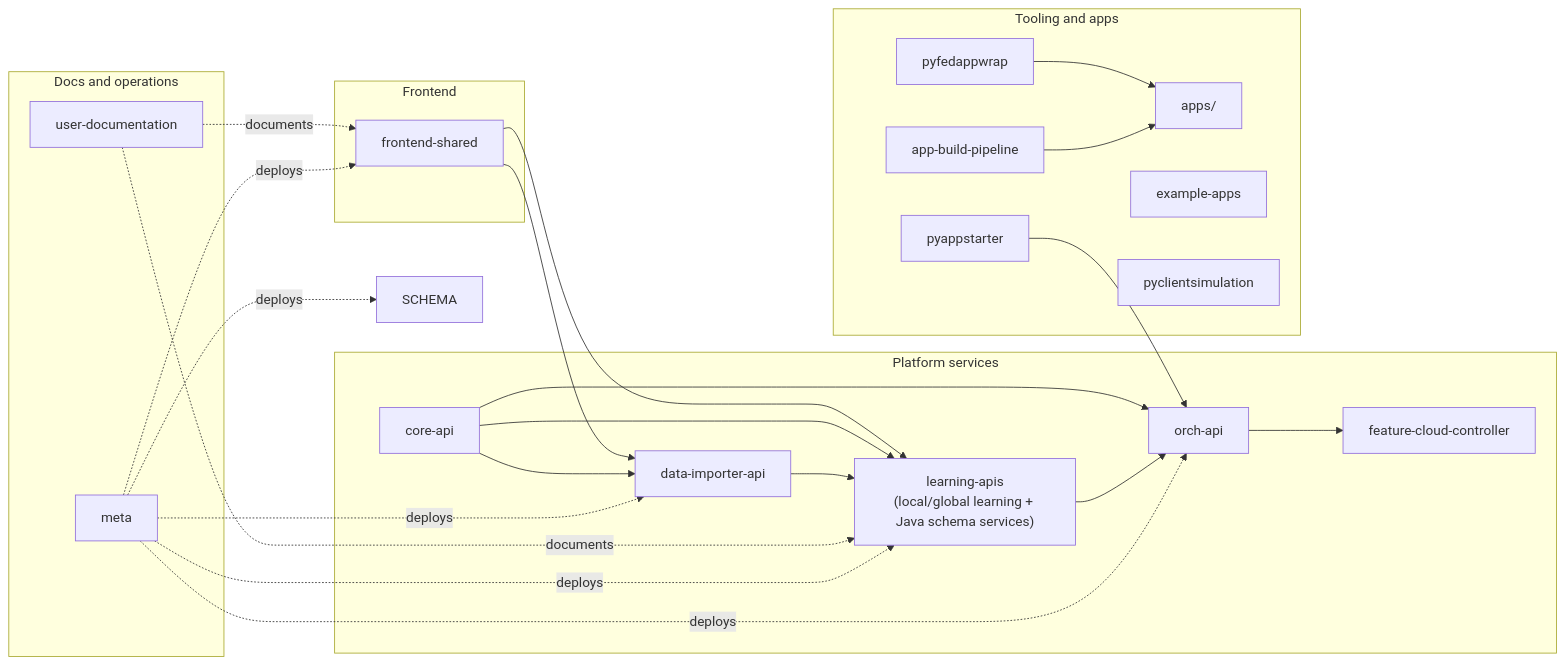
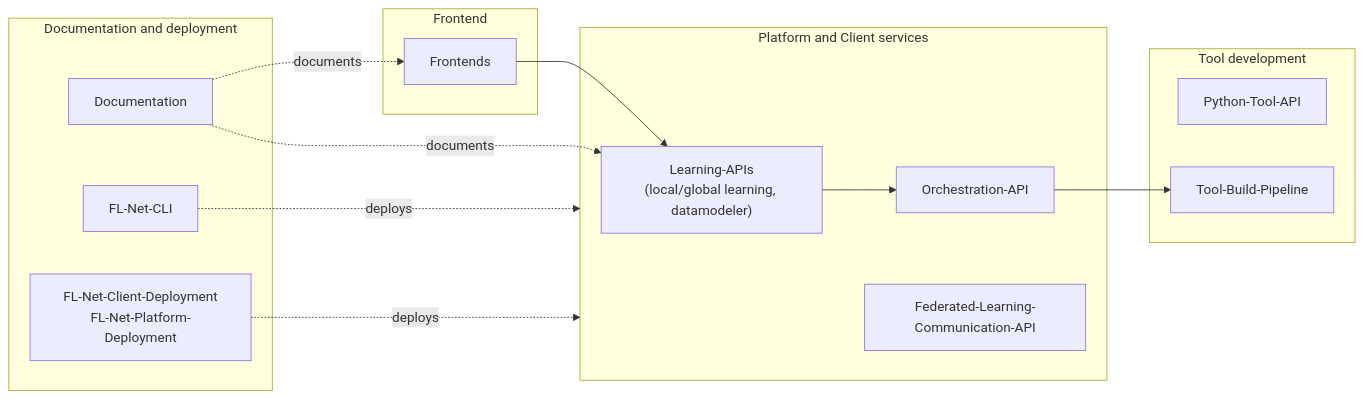
The diagram in docs/contribution-guide/repository-map.md (FedLearnNet/Documentation), drawn with Mermaid before and after one commit. The commit also changed other lines of this file and 25 other files, not shown here.

````diff
--- a/docs/contribution-guide/repository-map.md
+++ b/docs/contribution-guide/repository-map.md
@@ -27,47 +25,31 @@
 ```mermaid
 flowchart LR
-  subgraph DocsOps["Docs and operations"]
-    DOCS["user-documentation"]
-    META["meta"]
+  subgraph DocsDeploy["Documentation and deployment"]
+    DOCS["Documentation"]
+    CLI["FL-Net-CLI"]
+    DEPLOY["FL-Net-Client-Deployment\nFL-Net-Platform-Deployment"]
   end
 
   subgraph Frontend["Frontend"]
-    FE["frontend-shared"]
+    FE["Frontends"]
   end
 
-  subgraph Services["Platform services"]
-    CORE["core-api"]
-    IMPORT["data-importer-api"]
-    LEARN["learning-apis\n(local/global learning + Java schema services)"]
-    ORCH["orch-api"]
-    CTRL["feature-cloud-controller"]
+  subgraph Services["Platform and Client services"]
+    LEARN["Learning-APIs\n(local/global learning, datamodeler)"]
+    ORCH["Orchestration-API"]
+    COMM["Federated-Learning-Communication-API"]
   end
 
-  subgraph Tooling["Tooling and apps"]
-    STARTER["pyappstarter"]
-    WRAP["pyfedappwrap"]
-    PIPE["app-build-pipeline"]
-    APPS["apps/"]
-    EXAMPLES["example-apps"]
-    SIM["pyclientsimulation"]
+  subgraph Tooling["Tool development"]
+    PYAPI["Python-Tool-API"]
+    PIPE["Tool-Build-Pipeline"]
   end
 
-  FE --> IMPORT
   FE --> LEARN
-  CORE --> IMPORT
-  CORE --> LEARN
-  CORE --> ORCH
-  IMPORT --> LEARN
   LEARN --> ORCH
-  ORCH --> CTRL
-  STARTER --> ORCH
-  WRAP --> APPS
-  PIPE --> APPS
+  ORCH --> PIPE
   DOCS -.documents.-> FE
   DOCS -.documents.-> LEARN
-  META -.deploys.-> FE
-  META -.deploys.-> SCHEMA
-  META -.deploys.-> IMPORT
-  META -.deploys.-> LEARN
-  META -.deploys.-> ORCH
+  CLI -.deploys.-> Services
+  DEPLOY -.deploys.-> Services
 ```
````
